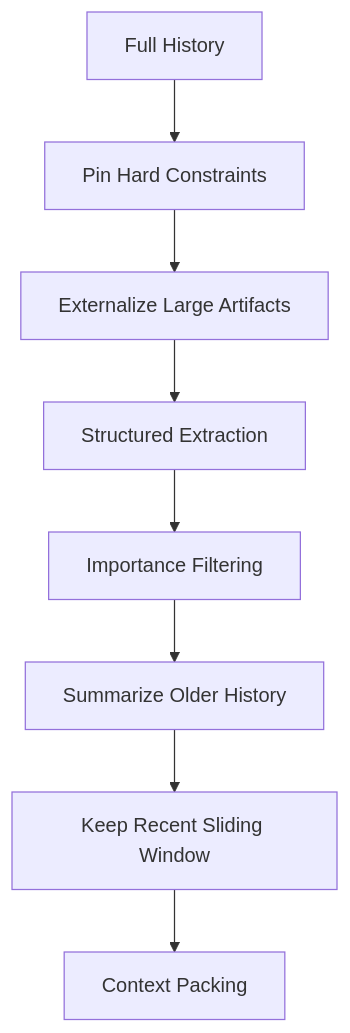
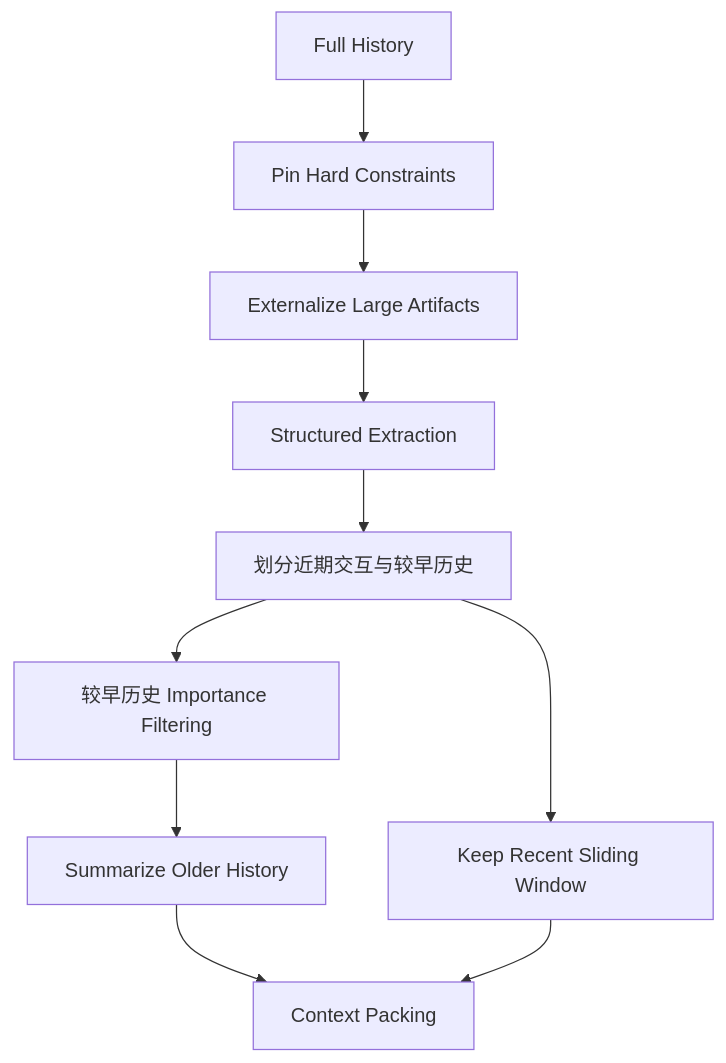
Before and after one commit to oneleaveknowsthefall/awesome-ai-roadmap: the ninth of 15 diagrams in docs/agent/03-memory-context/10-agent-memory-compression.md, drawn with Mermaid. The commit also changed other lines of this file and 50 other files, not shown here.

````diff
--- a/docs/agent/03-memory-context/10-agent-memory-compression.md
+++ b/docs/agent/03-memory-context/10-agent-memory-compression.md
@@ -466,10 +499,12 @@
 ```mermaid
 flowchart TB
     H[Full History] --> PIN[Pin Hard Constraints]
     PIN --> EXT[Externalize Large Artifacts]
     EXT --> STR[Structured Extraction]
-    STR --> IMP[Importance Filtering]
+    STR --> SPLIT[划分近期交互与较早历史]
+    SPLIT --> IMP[较早历史 Importance Filtering]
     IMP --> SUM[Summarize Older History]
-    SUM --> WIN[Keep Recent Sliding Window]
+    SPLIT --> WIN[Keep Recent Sliding Window]
+    SUM --> PACK[Context Packing]
     WIN --> PACK[Context Packing]
 ```
````
